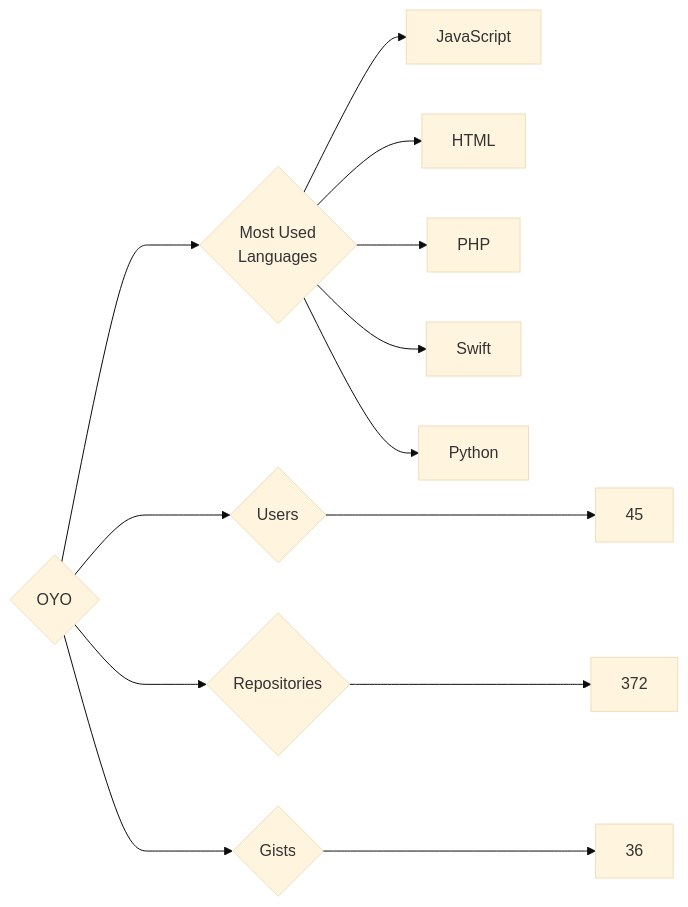
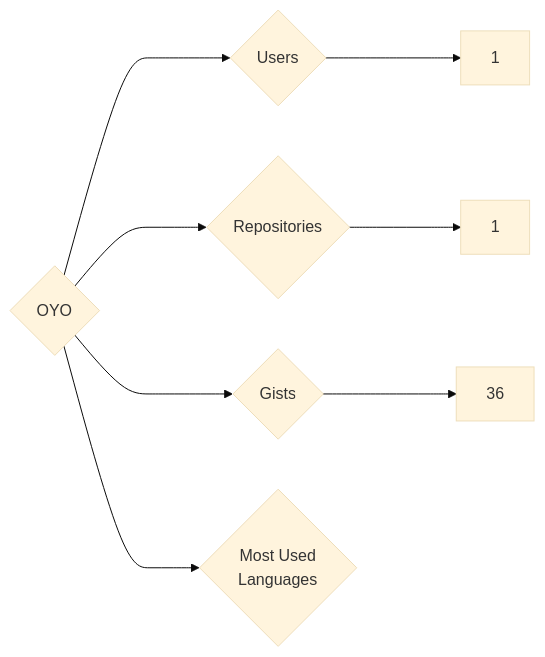
Before and after one commit to trickest/insiders: the diagram in targets/OYO/README.md, drawn with Mermaid (base theme). The commit also changed 871 other files, not shown here.

````diff
--- a/targets/OYO/README.md
+++ b/targets/OYO/README.md
@@ -3,13 +3,8 @@
 ```mermaid
 graph LR
 COMPANY_NAME{OYO}
-COMPANY_NAME ---> U{Users} ---> UN[45]
-COMPANY_NAME ---> R{Repositories} ---> RN[372]
+COMPANY_NAME ---> U{Users} ---> UN[1]
+COMPANY_NAME ---> R{Repositories} ---> RN[1]
 COMPANY_NAME ---> G{Gists} ---> GN[36]
 COMPANY_NAME ---> ML{Most Used<br>Languages}
-ML --> JavaScript[JavaScript]
-ML --> HTML[HTML]
-ML --> PHP[PHP]
-ML --> Swift[Swift]
-ML --> Python[Python]
 ```
````
